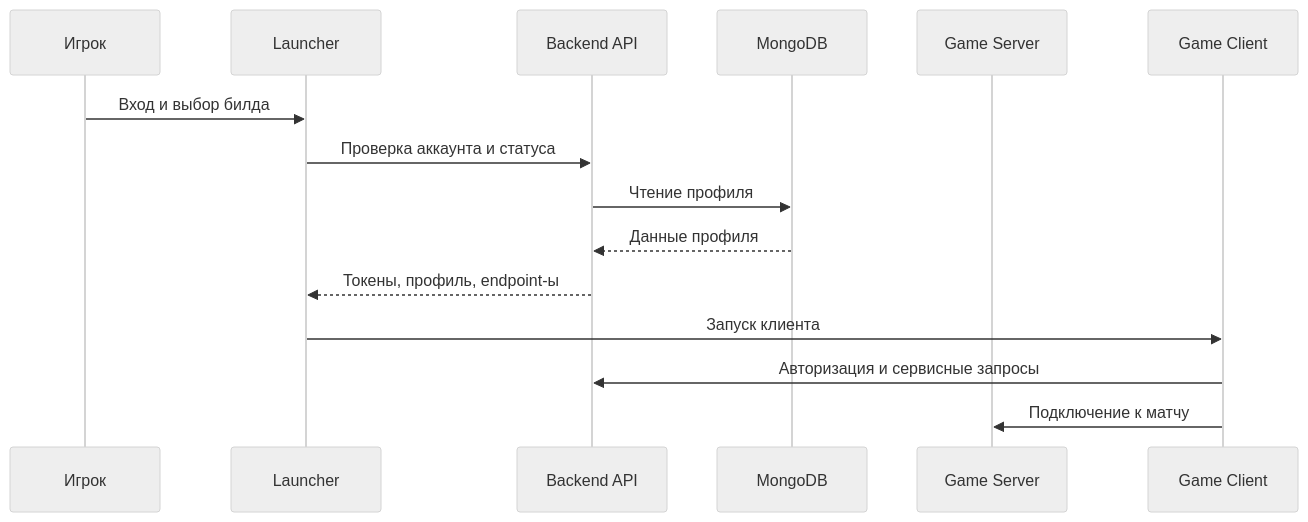
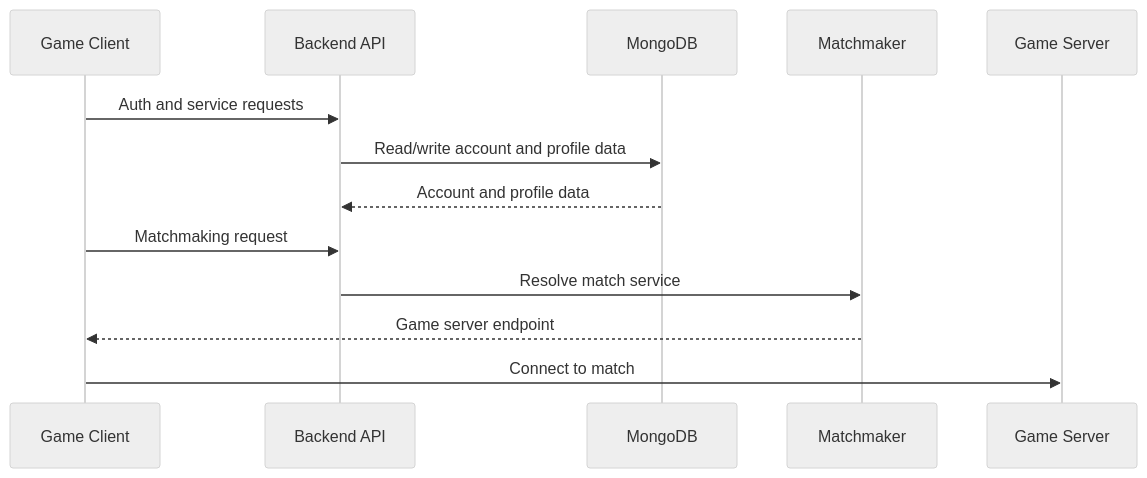
The diagram in docs/ARCHITECTURE.md (dor1q/Dream), drawn with Mermaid (neutral theme) before and after one commit. The commit also changed other lines of this file and 5 other files, not shown here.

Commit message:
Limit repository scope to backend and game server

````diff
--- a/docs/ARCHITECTURE.md
+++ b/docs/ARCHITECTURE.md
@@ -51,18 +43,16 @@
 ```mermaid
 sequenceDiagram
-    participant Player as Игрок
-    participant Launcher as Launcher
+    participant Client as Game Client
     participant Backend as Backend API
     participant DB as MongoDB
+    participant Matchmaker as Matchmaker
     participant GameServer as Game Server
-    participant Client as Game Client
 
-    Player->>Launcher: Вход и выбор билда
-    Launcher->>Backend: Проверка аккаунта и статуса
-    Backend->>DB: Чтение профиля
-    DB-->>Backend: Данные профиля
-    Backend-->>Launcher: Токены, профиль, endpoint-ы
-    Launcher->>Client: Запуск клиента
-    Client->>Backend: Авторизация и сервисные запросы
-    Client->>GameServer: Подключение к матчу
+    Client->>Backend: Auth and service requests
+    Backend->>DB: Read/write account and profile data
+    DB-->>Backend: Account and profile data
+    Client->>Backend: Matchmaking request
+    Backend->>Matchmaker: Resolve match service
+    Matchmaker-->>Client: Game server endpoint
+    Client->>GameServer: Connect to match
 ```
````
